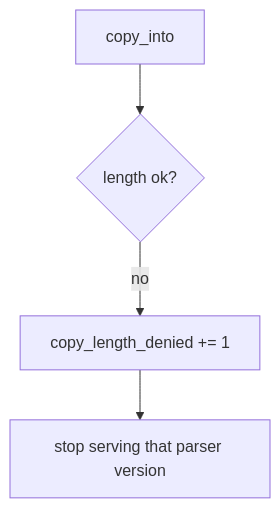
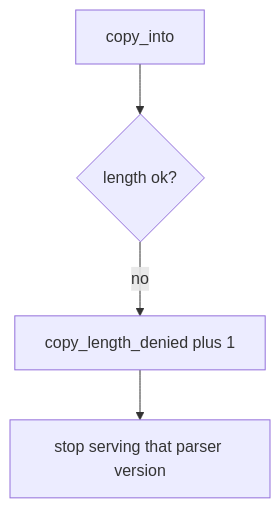
Before and after one commit to ishitvagoel/LearnSecurity: the diagram in content/modules/e/E4/lessons/06-operate.md, drawn with Mermaid. The commit also changed other lines of this file and 28 other files, not shown here.

````diff
--- a/content/modules/e/E4/lessons/06-operate.md
+++ b/content/modules/e/E4/lessons/06-operate.md
@@ -13,6 +13,6 @@
 ```mermaid
 flowchart TD
   Copy[copy_into] --> Bound{length ok?}
-  Bound -->|no| Metric["copy_length_denied += 1"]
+  Bound -->|no| Metric["copy_length_denied plus 1"]
   Metric --> Stop[stop serving that parser version]
 ```
````
